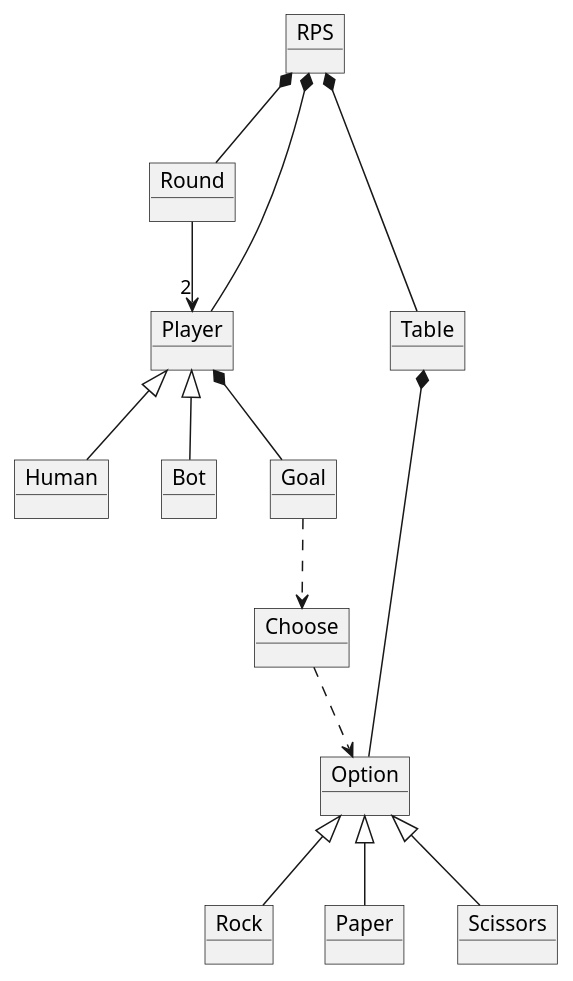
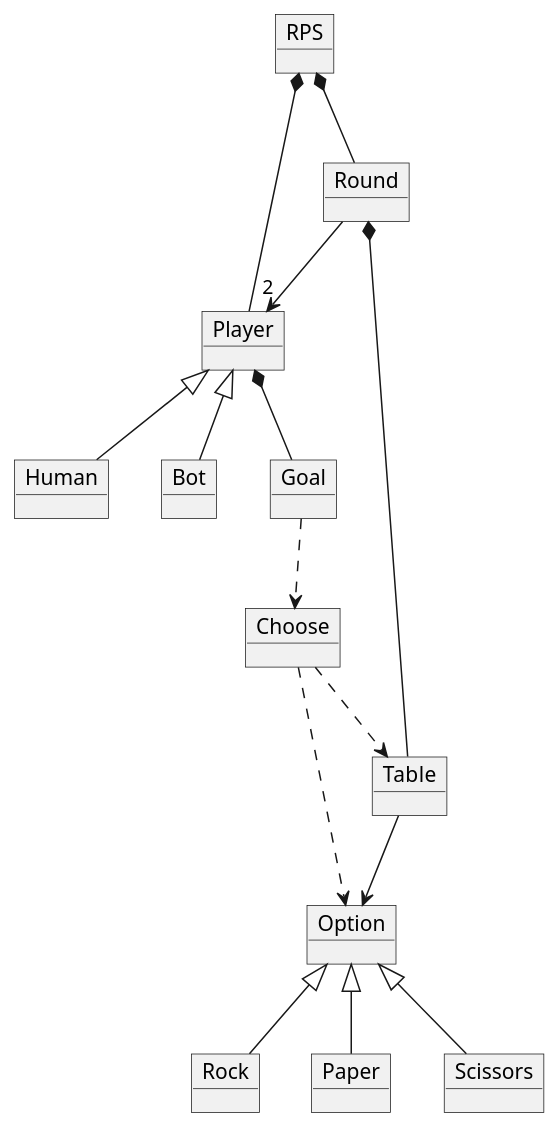
The diagram in DomainDiagram_Rock_Paper_Scissors.wsd (ManuelQHernandez/Rock_Paper_Scissors_Game), drawn with PlantUML before and after one commit. The commit also changed 1 other file, not shown here.

```diff
--- a/DomainDiagram_Rock_Paper_Scissors.wsd
+++ b/DomainDiagram_Rock_Paper_Scissors.wsd
@@ -1,35 +1,35 @@
 @startuml VocabularyMain
 
 object RPS
 object Round
 object Player
 object Human
 object Bot
 object Goal
 object Choose
 object Option
 object Rock
 object Paper
 object Scissors
 object Table
 
 RPS *-- Round
 RPS *--Player
-RPS *-- Table
+Round *-- Table
 
 Player <|-- Human
 Player <|-- Bot
 Player *-- Goal
 
 Option <|-- Rock
 Option <|-- Paper
 Option <|-- Scissors
 
 Goal ..> Choose 
 Choose ..> Option
-
-Table *-- Option
+Choose ..> Table
+Table --> Option
 
 Round -->"2" Player
 
 @enduml
```
